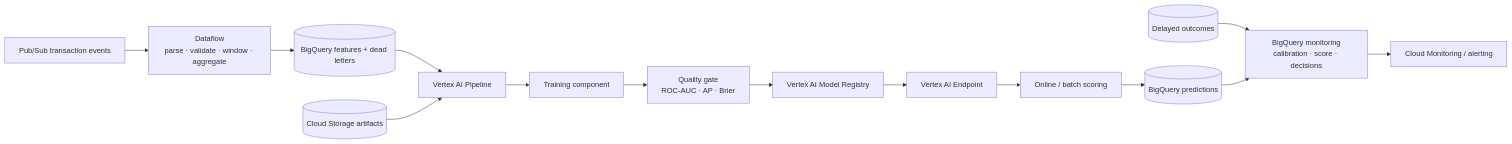
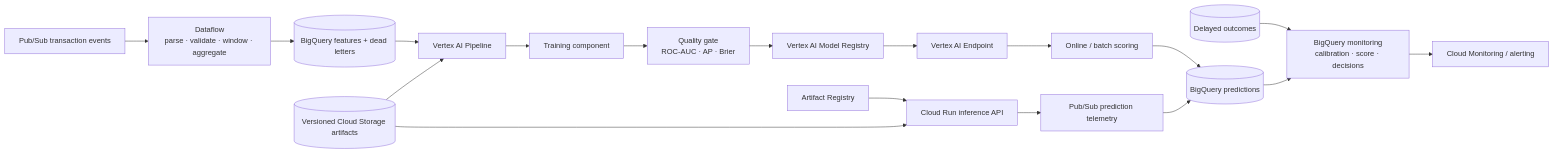
Before and after one commit to cagataykavas/gcp-ml-platform: the diagram in README.md, drawn with Mermaid. The commit also changed other lines of this file, not shown here.

````diff
--- a/README.md
+++ b/README.md
@@ -9,16 +9,21 @@
 ```mermaid
 flowchart LR
     PUB[Pub/Sub transaction events] --> DF[Dataflow\nparse · validate · window · aggregate]
     DF --> BQ[(BigQuery features + dead letters)]
     BQ --> VPIPE[Vertex AI Pipeline]
-    GCS[(Cloud Storage artifacts)] --> VPIPE
+    GCS[(Versioned Cloud Storage artifacts)] --> VPIPE
     VPIPE --> TRAIN[Training component]
     TRAIN --> GATE[Quality gate\nROC-AUC · AP · Brier]
     GATE --> REG[Vertex AI Model Registry]
     REG --> ENDPOINT[Vertex AI Endpoint]
     ENDPOINT --> SCORE[Online / batch scoring]
     SCORE --> BQOUT[(BigQuery predictions)]
     LABELS[(Delayed outcomes)] --> MON[BigQuery monitoring\ncalibration · score · decisions]
     BQOUT --> MON
     MON --> OPS[Cloud Monitoring / alerting]
+
+    AR[Artifact Registry] --> RUN[Cloud Run inference API]
+    GCS --> RUN
+    RUN --> PUBOUT[Pub/Sub prediction telemetry]
+    PUBOUT --> BQOUT
 ```
````
